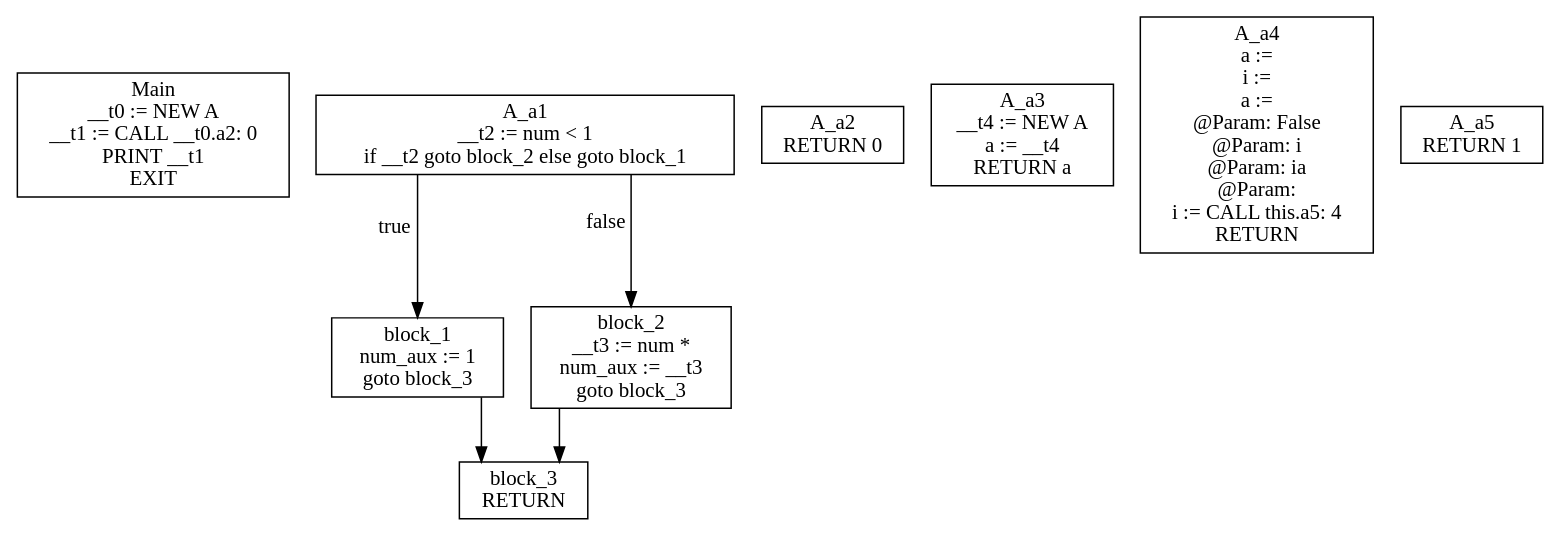
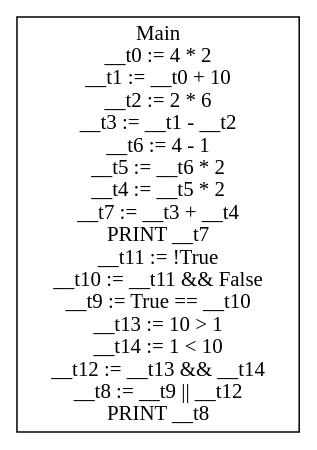
The diagram in gettingStarted/cfg.dot (KarmaSora/Compiler), drawn with Graphviz before and after one commit. The commit also changed 16 other files, not shown here.

```diff
--- a/gettingStarted/cfg.dot
+++ b/gettingStarted/cfg.dot
@@ -1,17 +1,5 @@
 digraph CFG {
 graph [splines=ortho];
 node [shape=box];
-Main [label="Main\n__t0 := NEW A\n__t1 := CALL __t0.a2: 0\nPRINT __t1\nEXIT\n"];
-A_a1 -> block_1 [xlabel="true"];
-A_a1 -> block_2 [xlabel="false"];
-A_a1 [label="A_a1\n__t2 := num < 1\nif __t2 goto block_2 else goto block_1\n"];
-block_1 -> block_3;
-block_1 [label="block_1\nnum_aux := 1\ngoto block_3\n"];
-block_2 -> block_3;
-block_2 [label="block_2\n__t3 := num * \nnum_aux := __t3\ngoto block_3\n"];
-block_3 [label="block_3\nRETURN \n"];
-A_a2 [label="A_a2\nRETURN 0\n"];
-A_a3 [label="A_a3\n__t4 := NEW A\na := __t4\nRETURN a\n"];
-A_a4 [label="A_a4\na := \ni := \na := \n @Param: False\n @Param: i\n @Param: ia\n @Param: \ni := CALL this.a5: 4\nRETURN \n"];
-A_a5 [label="A_a5\nRETURN 1\n"];
+Main [label="Main\n__t0 := 4 * 2\n__t1 := __t0 + 10\n__t2 := 2 * 6\n__t3 := __t1 - __t2\n__t6 := 4 - 1\n__t5 := __t6 * 2\n__t4 := __t5 * 2\n__t7 := __t3 + __t4\nPRINT __t7\n__t11 := !True\n__t10 := __t11 && False\n__t9 := True == __t10\n__t13 := 10 > 1\n__t14 := 1 < 10\n__t12 := __t13 && __t14\n__t8 := __t9 || __t12\nPRINT __t8\n"];
 }
```
